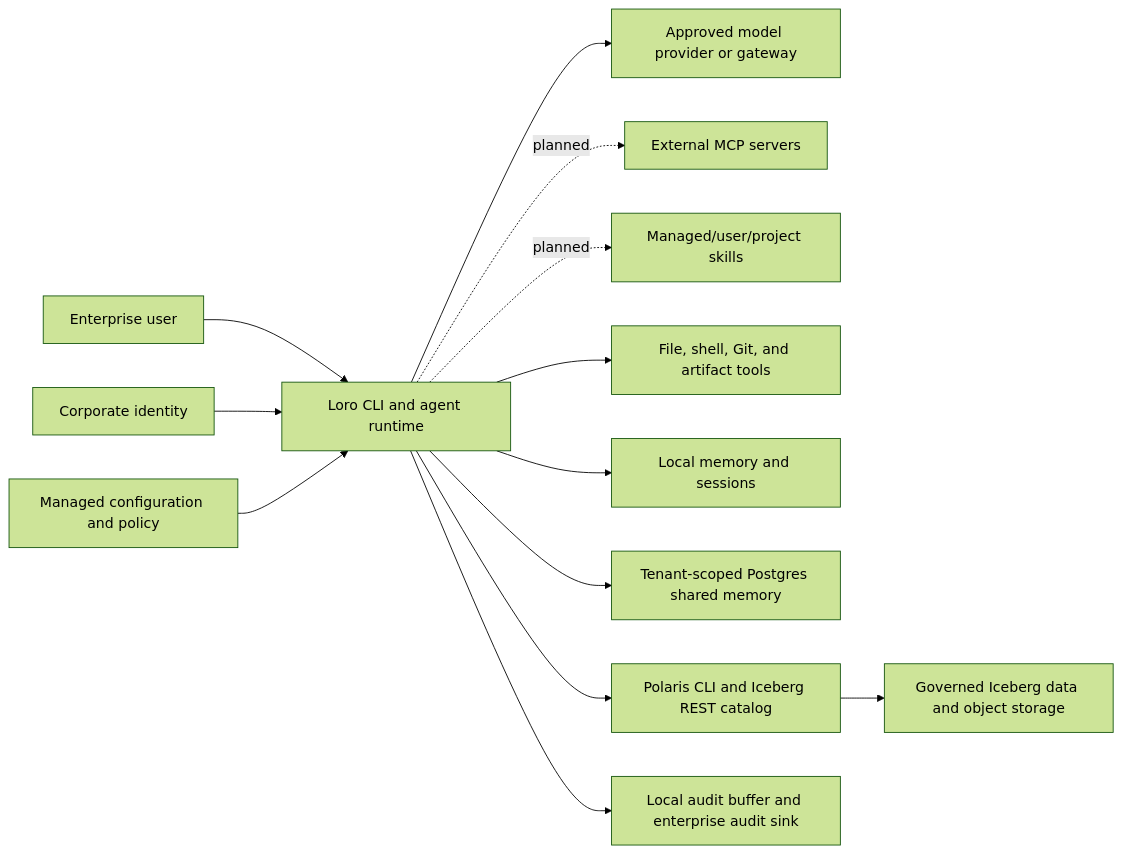
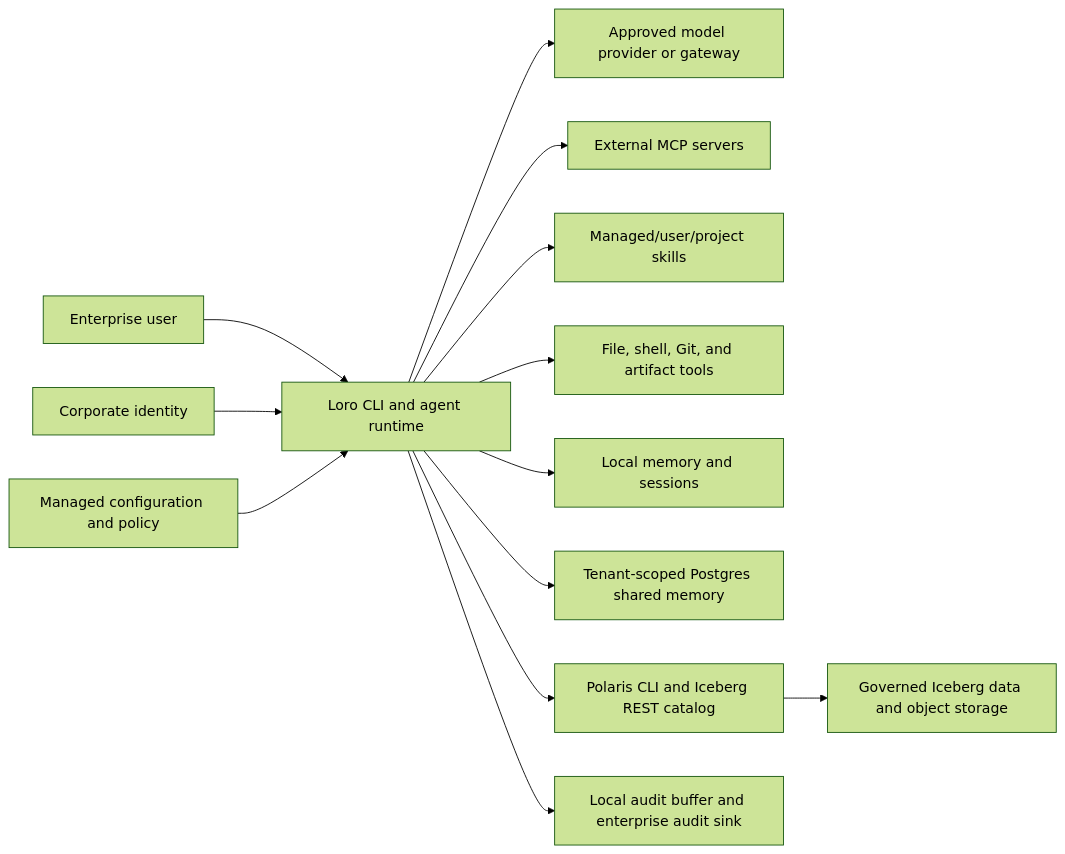
Before and after one commit to alexmerced-oss/loro: the diagram in docs/threat-model.md, drawn with Mermaid (forest theme). The commit also changed other lines of this file and 74 other files, not shown here.

Commit message:
Complete MCP skills and enterprise hardening roadmap

````diff
--- a/docs/threat-model.md
+++ b/docs/threat-model.md
@@ -33,15 +33,15 @@
 ```mermaid
 flowchart LR
     U["Enterprise user"] --> CLI["Loro CLI and agent runtime"]
     IDP["Corporate identity"] --> CLI
     CFG["Managed configuration and policy"] --> CLI
     CLI --> P["Approved model provider or gateway"]
-    CLI -. planned .-> MCP["External MCP servers"]
-    CLI -. planned .-> SK["Managed/user/project skills"]
+    CLI --> MCP["External MCP servers"]
+    CLI --> SK["Managed/user/project skills"]
     CLI --> T["File, shell, Git, and artifact tools"]
     CLI --> LM["Local memory and sessions"]
     CLI --> PG["Tenant-scoped Postgres shared memory"]
     CLI --> PC["Polaris CLI and Iceberg REST catalog"]
     PC --> ICE["Governed Iceberg data and object storage"]
     CLI --> AUD["Local audit buffer and enterprise audit sink"]
 ```
````
